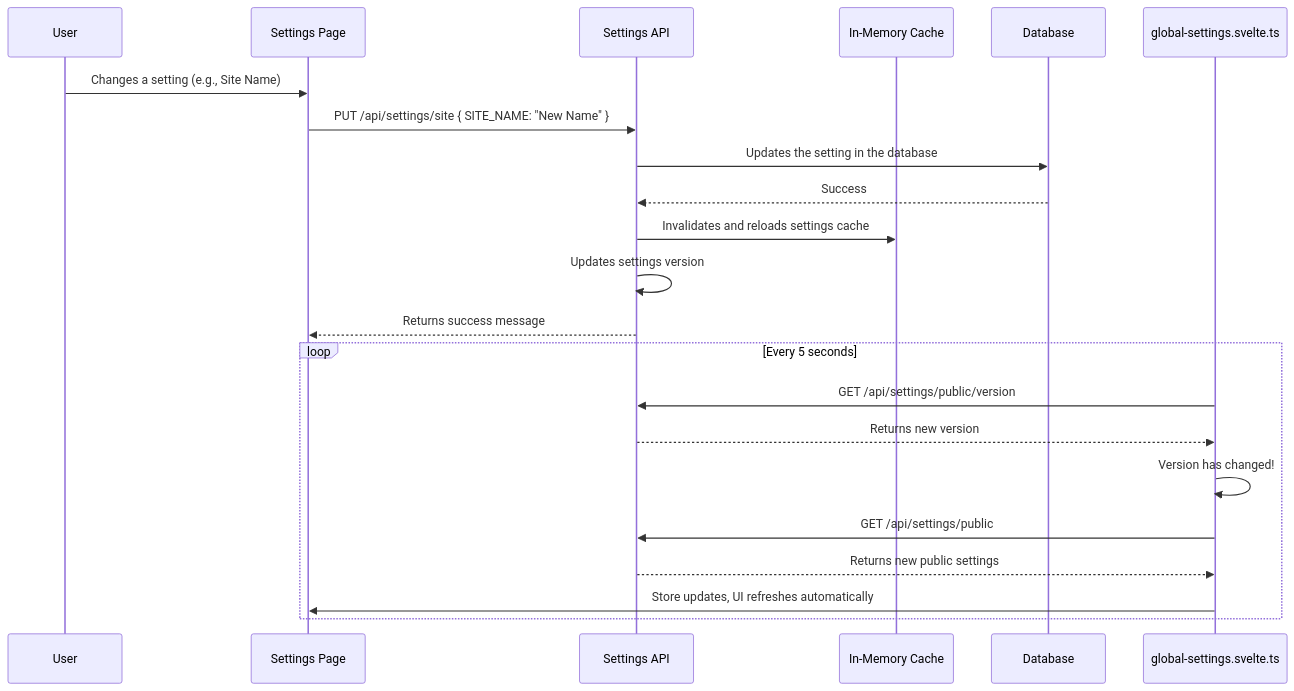
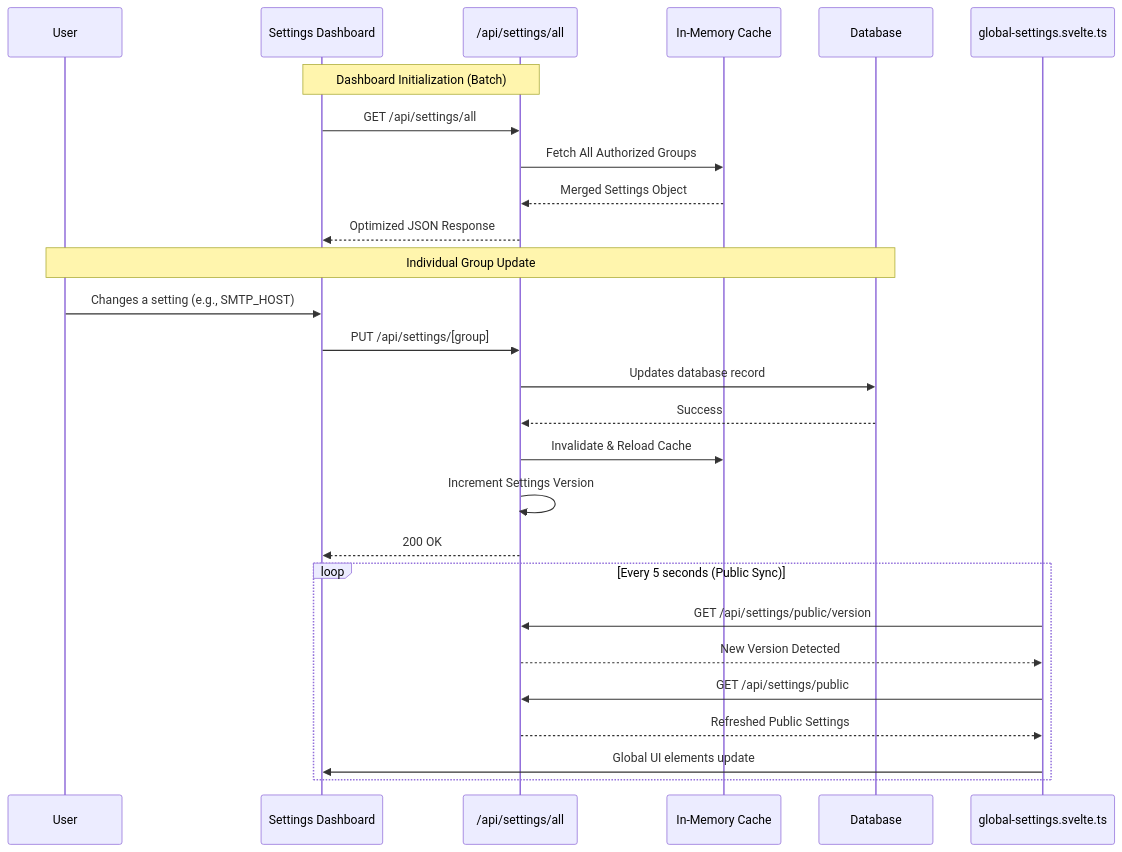
The diagram in docs/architecture/system-settings-architecture.mdx (TamoorArif/SveltyCMS), drawn with Mermaid before and after one commit. The commit also changed other lines of this file and 8 other files, not shown here.

First line of the commit message:
feat(settings): optimize system settings with batch loading and enhanced documentation

````diff
--- a/docs/architecture/system-settings-architecture.mdx
+++ b/docs/architecture/system-settings-architecture.mdx
@@ -36,26 +38,32 @@
 ```mermaid
 sequenceDiagram
     participant User
-    participant UI as Settings Page
-    participant API as Settings API
+    participant UI as Settings Dashboard
+    participant API as /api/settings/all
     participant ServerCache as In-Memory Cache
     participant DB as Database
     participant ClientStore as global-settings.svelte.ts
 
-    User->>UI: Changes a setting (e.g., Site Name)
-    UI->>API: PUT /api/settings/site { SITE_NAME: "New Name" }
-    API->>DB: Updates the setting in the database
+    Note over UI, API: Dashboard Initialization (Batch)
+    UI->>API: GET /api/settings/all
+    API->>ServerCache: Fetch All Authorized Groups
+    ServerCache-->>API: Merged Settings Object
+    API-->>UI: Optimized JSON Response
+
+    Note over User, DB: Individual Group Update
+    User->>UI: Changes a setting (e.g., SMTP_HOST)
+    UI->>API: PUT /api/settings/[group]
+    API->>DB: Updates database record
     DB-->>API: Success
-    API->>ServerCache: Invalidates and reloads settings cache
-    API->>API: Updates settings version
-    API-->>UI: Returns success message
+    API->>ServerCache: Invalidate & Reload Cache
+    API->>API: Increment Settings Version
+    API-->>UI: 200 OK
 
-    loop Every 5 seconds
+    loop Every 5 seconds (Public Sync)
         ClientStore->>API: GET /api/settings/public/version
-        API-->>ClientStore: Returns new version
-        ClientStore->>ClientStore: Version has changed!
+        API-->>ClientStore: New Version Detected
         ClientStore->>API: GET /api/settings/public
-        API-->>ClientStore: Returns new public settings
-        ClientStore->>UI: Store updates, UI refreshes automatically
+        API-->>ClientStore: Refreshed Public Settings
+        ClientStore->>UI: Global UI elements update
     end
 ```
````
